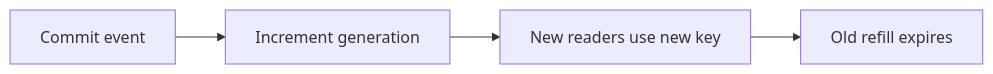
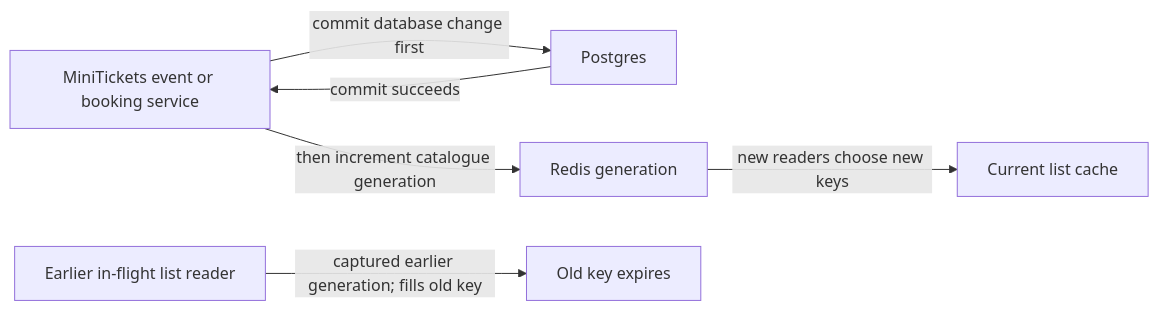
One commit to maheshnd/minitickets changed the diagram in docs/handbook/concepts/cache-invalidation.md. Above: the diagram before and after it, drawn with Mermaid. The commit also changed other lines of this file and 119 other files, not shown here.

````diff
--- a/docs/handbook/concepts/cache-invalidation.md
+++ b/docs/handbook/concepts/cache-invalidation.md
@@ -17,7 +19,8 @@
 ```mermaid
 flowchart LR
-    n0["Commit event"] --> n1
-    n1["Increment generation"] --> n2
-    n2["New readers use new key"] --> n3
-    n3["Old refill expires"]
+    W["MiniTickets event or booking service"] -->|"commit database change first"| P["Postgres"]
+    P -->|"commit succeeds"| W
+    W -->|"then increment catalogue generation"| R["Redis generation"]
+    R -->|"new readers choose new keys"| N["Current list cache"]
+    O["Earlier in-flight list reader"] -->|"captured earlier generation; fills old key"| E["Old key expires"]
 ```
````
